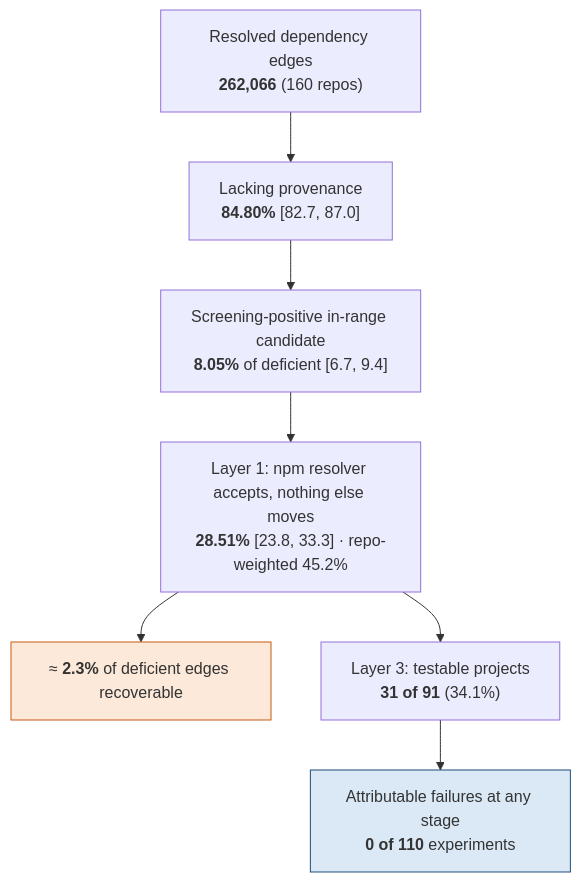
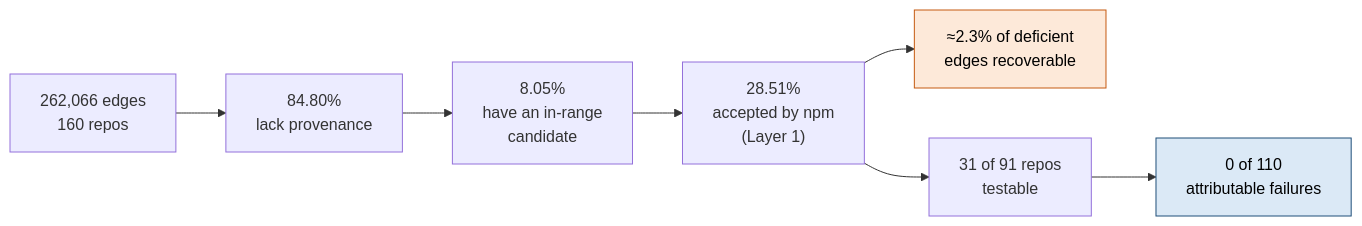
Before and after one commit to ftaakash/PDR: the first of 3 diagrams in README.md, drawn with Mermaid. The commit also changed other lines of this file, not shown here.

Commit message:
README: compact left-to-right funnel diagram, author line break

````diff
--- a/README.md
+++ b/README.md
@@ -47,11 +47,11 @@
 ```mermaid
-flowchart TD
-    A["Resolved dependency edges<br/><b>262,066</b> (160 repos)"] --> B["Lacking provenance<br/><b>84.80%</b> [82.7, 87.0]"]
-    B --> C["Screening-positive in-range candidate<br/><b>8.05%</b> of deficient [6.7, 9.4]"]
-    C --> D["Layer 1: npm resolver accepts, nothing else moves<br/><b>28.51%</b> [23.8, 33.3] · repo-weighted 45.2%"]
-    D --> E["≈ <b>2.3%</b> of deficient edges recoverable"]
-    D --> F["Layer 3: testable projects<br/><b>31 of 91</b> (34.1%)"]
-    F --> G["Attributable failures at any stage<br/><b>0 of 110</b> experiments"]
-    style E fill:#fde9d9,stroke:#c55a11
-    style G fill:#dbe9f6,stroke:#1f4e79
+flowchart LR
+    A["262,066 edges<br/>160 repos"] --> B["84.80%<br/>lack provenance"]
+    B --> C["8.05%<br/>have an in-range<br/>candidate"]
+    C --> D["28.51%<br/>accepted by npm<br/>(Layer 1)"]
+    D --> E["≈2.3% of deficient<br/>edges recoverable"]
+    D --> F["31 of 91 repos<br/>testable"]
+    F --> G["0 of 110<br/>attributable failures"]
+    style E fill:#fde9d9,stroke:#c55a11,color:#000
+    style G fill:#dbe9f6,stroke:#1f4e79,color:#000
 ```
````
